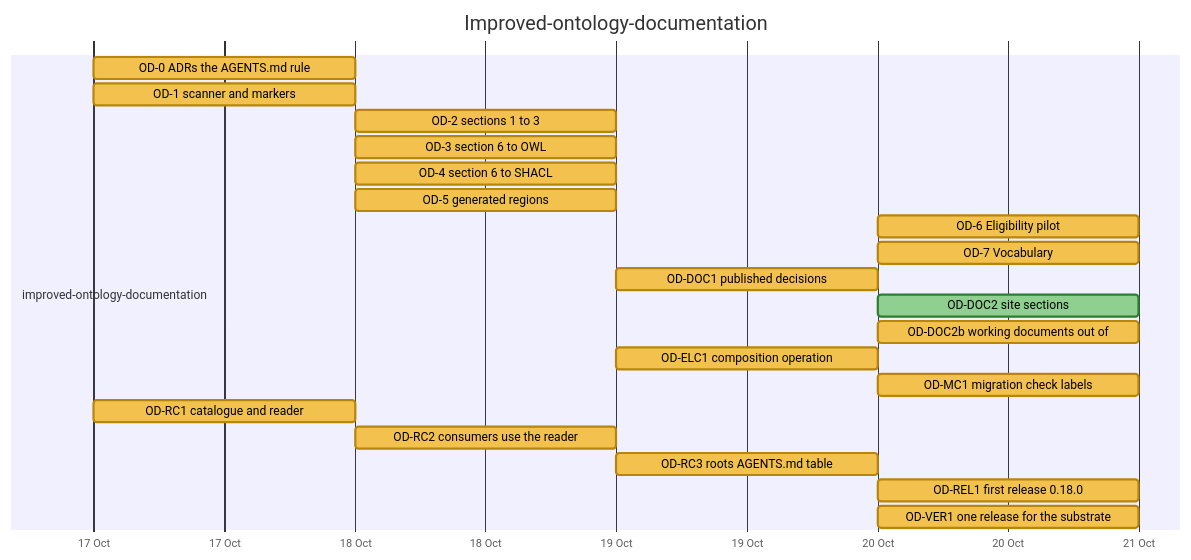
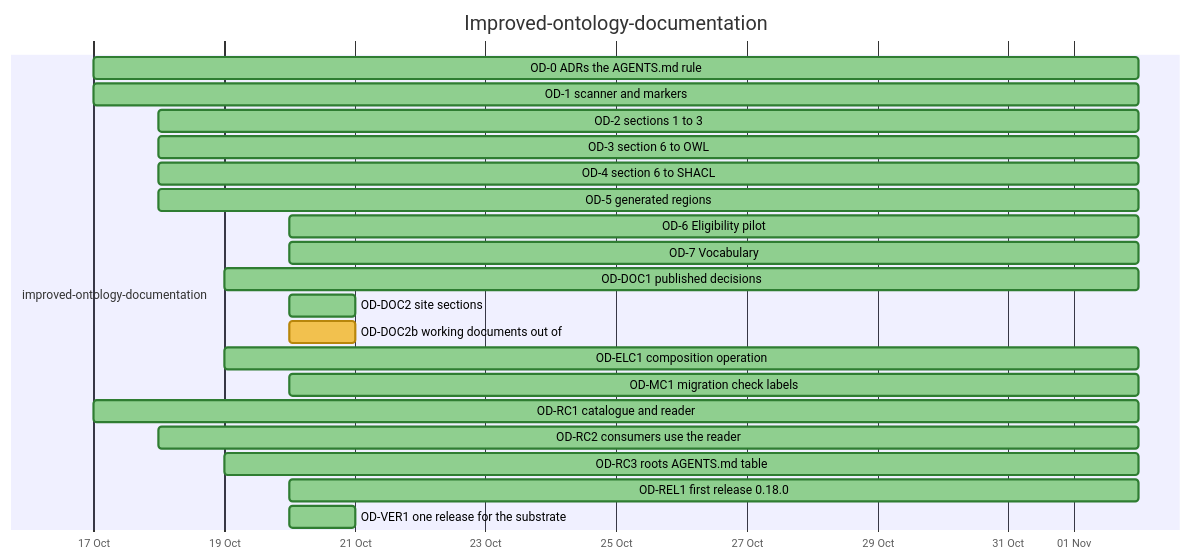
Before and after one commit to nebularis/lattice: the eighth of 32 diagrams in docs/developer/ROADMAP.md, drawn with Mermaid. The commit also changed other lines of this file, not shown here.

First line of the commit message:
[studio-visual-authoring] Refresh the roadmap's generated sections after SVA-P1a

````diff
--- a/docs/developer/ROADMAP.md
+++ b/docs/developer/ROADMAP.md
@@ -287,26 +289,26 @@
 ```mermaid
 %%{init: {"themeVariables": {"taskBkgColor": "#f2c14e", "taskBorderColor": "#b8860b", "taskTextColor": "#000000", "activeTaskBkgColor": "#4e9af1", "activeTaskBorderColor": "#1f5fbf", "activeTaskBorderColor": "#1f5fbf", "doneTaskBkgColor": "#8fcf8f", "doneTaskBorderColor": "#2f7d32", "critBkgColor": "#f28b82", "critBorderColor": "#b23a30", "taskTextDarkColor": "#000000", "taskTextLightColor": "#000000"}}}%%
 gantt
     title Improved-ontology-documentation
     dateFormat YYYY-MM-DD
     axisFormat %d %b
     section improved-ontology-documentation
-    OD-0 ADRs the AGENTS.md rule :od0, 2026-10-17, 2026-10-18
-    OD-1 scanner and markers :od1, 2026-10-17, 2026-10-18
-    OD-2 sections 1 to 3 :od2, 2026-10-18, 2026-10-19
-    OD-3 section 6 to OWL :od3, 2026-10-18, 2026-10-19
-    OD-4 section 6 to SHACL :od4, 2026-10-18, 2026-10-19
-    OD-5 generated regions :od5, 2026-10-18, 2026-10-19
-    OD-6 Eligibility pilot :od6, 2026-10-20, 2026-10-21
-    OD-7 Vocabulary :od7, 2026-10-20, 2026-10-21
-    OD-DOC1 published decisions :oddoc1, 2026-10-19, 2026-10-20
+    OD-0 ADRs the AGENTS.md rule :done, od0, 2026-10-17, 2026-11-02
+    OD-1 scanner and markers :done, od1, 2026-10-17, 2026-11-02
+    OD-2 sections 1 to 3 :done, od2, 2026-10-18, 2026-11-02
+    OD-3 section 6 to OWL :done, od3, 2026-10-18, 2026-11-02
+    OD-4 section 6 to SHACL :done, od4, 2026-10-18, 2026-11-02
+    OD-5 generated regions :done, od5, 2026-10-18, 2026-11-02
+    OD-6 Eligibility pilot :done, od6, 2026-10-20, 2026-11-02
+    OD-7 Vocabulary :done, od7, 2026-10-20, 2026-11-02
+    OD-DOC1 published decisions :done, oddoc1, 2026-10-19, 2026-11-02
     OD-DOC2 site sections :done, oddoc2, 2026-10-20, 2026-10-21
     OD-DOC2b working documents out of :oddoc2b, 2026-10-20, 2026-10-21
-    OD-ELC1 composition operation :odelc1, 2026-10-19, 2026-10-20
-    OD-MC1 migration check labels :odmc1, 2026-10-20, 2026-10-21
-    OD-RC1 catalogue and reader :odrc1, 2026-10-17, 2026-10-18
-    OD-RC2 consumers use the reader :odrc2, 2026-10-18, 2026-10-19
-    OD-RC3 roots AGENTS.md table :odrc3, 2026-10-19, 2026-10-20
-    OD-REL1 first release 0.18.0 :odrel1, 2026-10-20, 2026-10-21
-    OD-VER1 one release for the substrate :odver1, 2026-10-20, 2026-10-21
+    OD-ELC1 composition operation :done, odelc1, 2026-10-19, 2026-11-02
+    OD-MC1 migration check labels :done, odmc1, 2026-10-20, 2026-11-02
+    OD-RC1 catalogue and reader :done, odrc1, 2026-10-17, 2026-11-02
+    OD-RC2 consumers use the reader :done, odrc2, 2026-10-18, 2026-11-02
+    OD-RC3 roots AGENTS.md table :done, odrc3, 2026-10-19, 2026-11-02
+    OD-REL1 first release 0.18.0 :done, odrel1, 2026-10-20, 2026-11-02
+    OD-VER1 one release for the substrate :done, odver1, 2026-10-20, 2026-10-21
 ```
````
